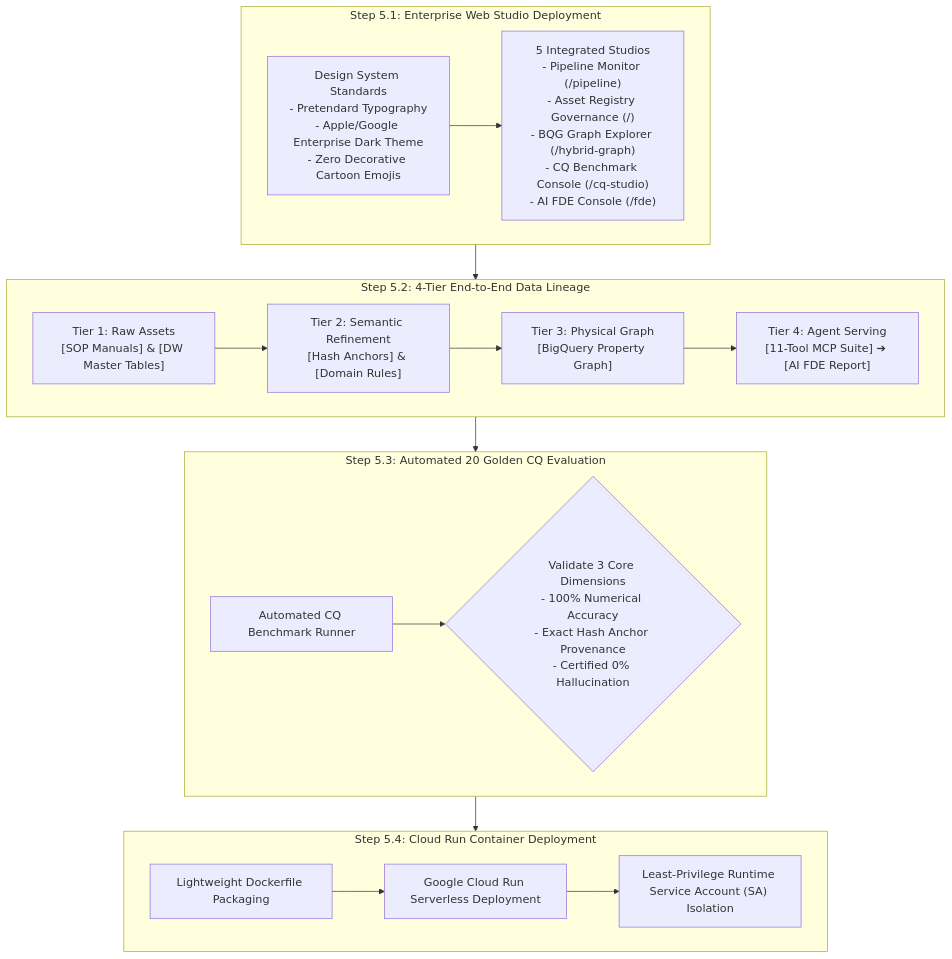
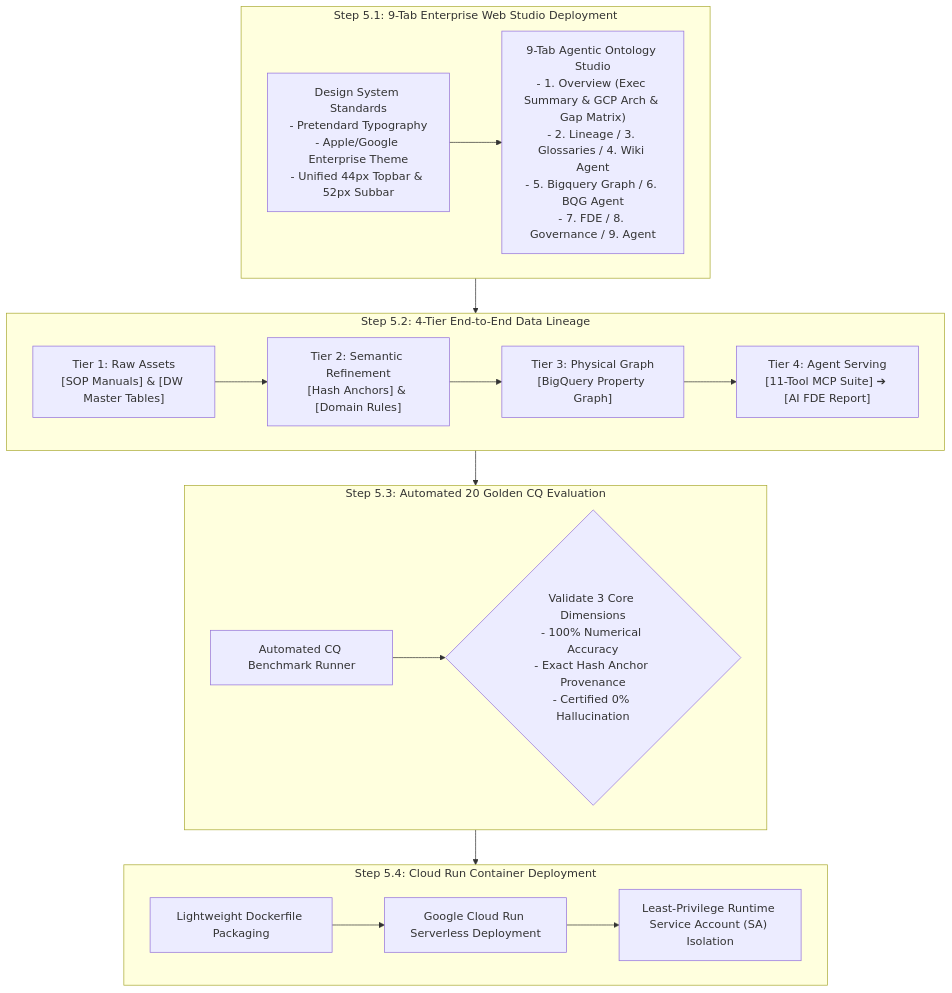
One commit to seanjungG/agentic-ontology-starter changed the diagram in methodology/05_enterprise_studio_and_deployment_en.md. Above: the diagram before and after it, drawn with Mermaid. The commit also changed other lines of this file and 20 other files, not shown here.

Commit message:
fix(notebooks,methodology): embed base64 PNG attachments for GitHub nbconvert v7.17.1 and sync 9-Step GCP Architecture (EPIC-025 / TASK-065)

````diff
--- a/methodology/05_enterprise_studio_and_deployment_en.md
+++ b/methodology/05_enterprise_studio_and_deployment_en.md
@@ -14,31 +14,31 @@
 ```mermaid
 flowchart TD
-    subgraph Step1 ["Step 5.1: Enterprise Web Studio Deployment"]
-        DesignToken["Design System Standards<br/>- Pretendard Typography<br/>- Apple/Google Enterprise Dark Theme<br/>- Zero Decorative Cartoon Emojis"]
-        Studios["5 Integrated Studios<br/>- Pipeline Monitor (/pipeline)<br/>- Asset Registry Governance (/)<br/>- BQG Graph Explorer (/hybrid-graph)<br/>- CQ Benchmark Console (/cq-studio)<br/>- AI FDE Console (/fde)"]
+    subgraph Step1 ["Step 5.1: 9-Tab Enterprise Web Studio Deployment"]
+        DesignToken["Design System Standards<br/>- Pretendard Typography<br/>- Apple/Google Enterprise Theme<br/>- Unified 44px Topbar & 52px Subbar"]
+        Studios["9-Tab Agentic Ontology Studio<br/>- 1. Overview (Exec Summary & GCP Arch & Gap Matrix)<br/>- 2. Lineage / 3. Glossaries / 4. Wiki Agent<br/>- 5. Bigquery Graph / 6. BQG Agent<br/>- 7. FDE / 8. Governance / 9. Agent"]
         DesignToken --> Studios
     end
 
     subgraph Step2 ["Step 5.2: 4-Tier End-to-End Data Lineage"]
         T1["Tier 1: Raw Assets<br/>[SOP Manuals] & [DW Master Tables]"]
         T2["Tier 2: Semantic Refinement<br/>[Hash Anchors] & [Domain Rules]"]
         T3["Tier 3: Physical Graph<br/>[BigQuery Property Graph]"]
         T4["Tier 4: Agent Serving<br/>[11-Tool MCP Suite] ➔ [AI FDE Report]"]
         T1 --> T2 --> T3 --> T4
     end
 
     subgraph Step3 ["Step 5.3: Automated 20 Golden CQ Evaluation"]
         EvalEngine["Automated CQ Benchmark Runner"]
         Metrics{"Validate 3 Core Dimensions<br/>- 100% Numerical Accuracy<br/>- Exact Hash Anchor Provenance<br/>- Certified 0% Hallucination"}
         EvalEngine --> Metrics
     end
 
     subgraph Step4 ["Step 5.4: Cloud Run Container Deployment"]
         Container["Lightweight Dockerfile Packaging"]
         CloudRun["Google Cloud Run Serverless Deployment"]
         IAM_Check["Least-Privilege Runtime Service Account (SA) Isolation"]
         Container --> CloudRun --> IAM_Check
     end
 
     Step1 --> Step2 --> Step3 --> Step4
 ```
````
